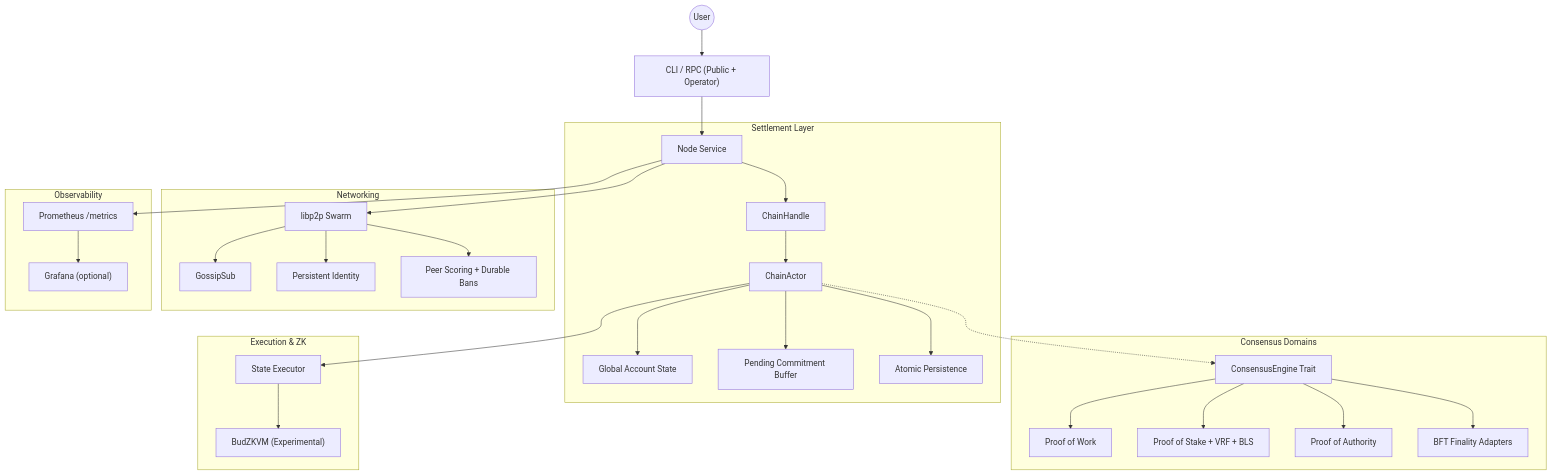
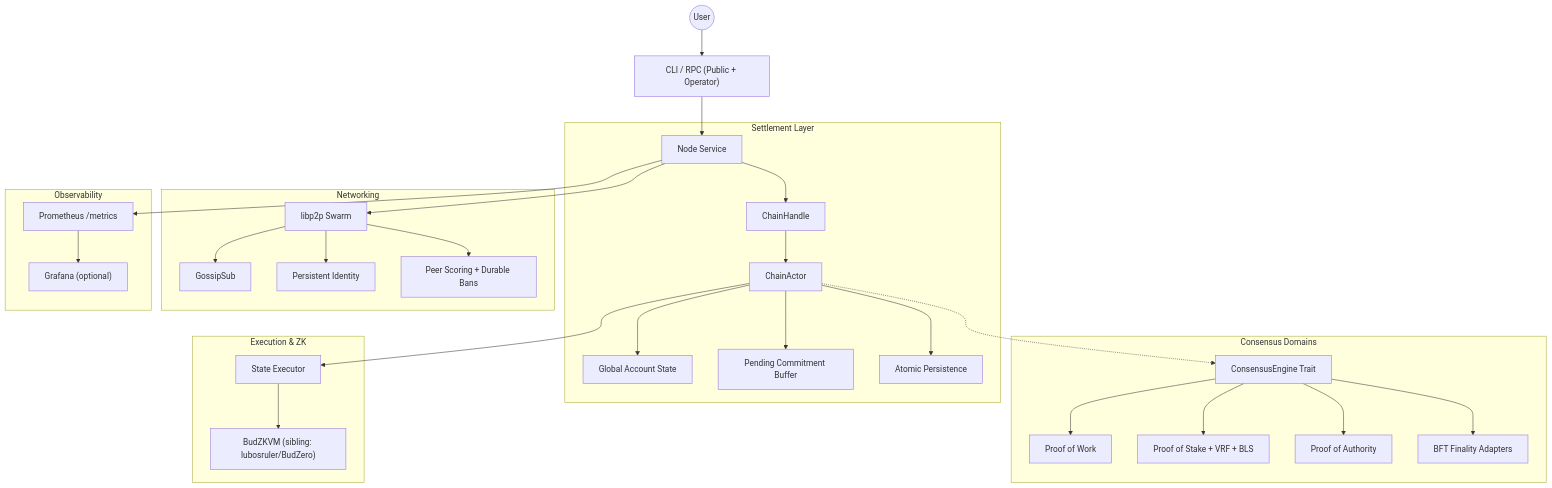
One commit to lubosruler/budlum changed the diagram in README.md. Above: the diagram before and after it, drawn with Mermaid. The commit also changed other lines of this file and 2 other files, not shown here.

First line of the commit message:
tur8: post-quantum security architecture doc + sibling-repo wiring

````diff
--- a/README.md
+++ b/README.md
@@ -45,38 +45,38 @@
 ```mermaid
 graph TD
     User(("User")) --> CLI["CLI / RPC (Public + Operator)"]
     CLI --> Node["Node Service"]
 
     subgraph "Settlement Layer"
         Node --> ChainHandle["ChainHandle"]
         ChainHandle --> ChainActor["ChainActor"]
         ChainActor --> State["Global Account State"]
         ChainActor --> Buffer["Pending Commitment Buffer"]
         ChainActor --> Storage["Atomic Persistence"]
     end
 
     subgraph "Consensus Domains"
         ChainActor -.-> Engine["ConsensusEngine Trait"]
         Engine --> PoW["Proof of Work"]
         Engine --> PoS["Proof of Stake + VRF + BLS"]
         Engine --> PoA["Proof of Authority"]
         Engine --> BFT["BFT Finality Adapters"]
     end
 
     subgraph "Execution & ZK"
         ChainActor --> Executor["State Executor"]
-        Executor --> ZKVM["BudZKVM (Experimental)"]
+        Executor --> ZKVM["BudZKVM (sibling: lubosruler/BudZero)"]
     end
 
     subgraph "Networking"
         Node --> Libp2p["libp2p Swarm"]
         Libp2p --> Gossip["GossipSub"]
         Libp2p --> Identity["Persistent Identity"]
         Libp2p --> Reputation["Peer Scoring + Durable Bans"]
     end
 
     subgraph "Observability"
         Node --> Metrics["Prometheus /metrics"]
         Metrics --> Grafana["Grafana (optional)"]
     end
 ```
````
